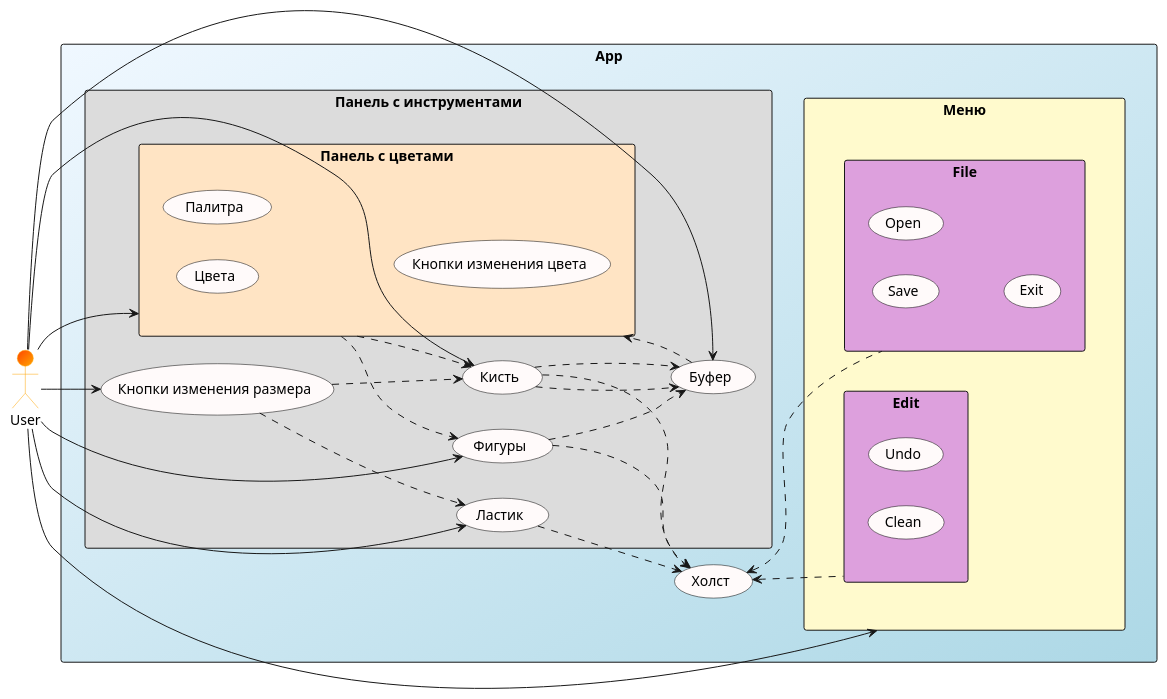
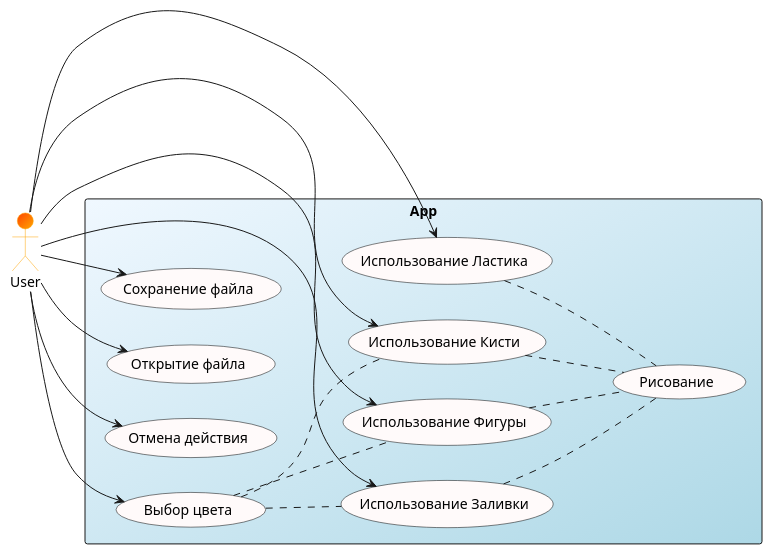
Before and after one commit to UnVeh/reposit: the diagram in diagrams/func.puml, drawn with PlantUML.

```diff
--- a/diagrams/func.puml
+++ b/diagrams/func.puml
@@ -1,75 +1,47 @@
 @startuml
+
 skinparam actor {
     BackgroundColor OrangeRed/Orange
     BorderColor Orange
 }
 
 
 skinparam usecase {
     BackgroundColor Snow
     BorderColor Black    
 }
 
 
 left to right direction
 
 actor User as User
 
-rectangle App #AliceBlue/LightBlue {
-    usecase "Холст" as Canvas
-rectangle "Меню" #LemonChiffon{
-rectangle File #Plum {
-    usecase Save
-    usecase Open
-    usecase Exit
-
-    Canvas <.. File
-    User --> "Меню"
+rectangle "App"#AliceBlue/LightBlue {
+    usecase "Использование Кисти" as br
+    usecase "Использование Ластика" as er
+    usecase "Использование Фигуры" as f
+    usecase "Использование Заливки" as z
+    usecase "Сохранение файла" as save
+    usecase "Открытие файла" as open
+    usecase "Отмена действия" as undo
+    usecase "Выбор цвета" as col
+    usecase "Рисование" as draw
+    User --> br
+    User --> er
+    User --> f
+    User --> z
+    User --> save
+    User --> open
+    User --> undo
+    User --> col
+    br .. draw
+    col .. br
+    col .. f
+    col .. z
+    er .. draw
+    z .. draw
+    f .. draw
+    
 }
 
-rectangle Edit #Plum {
-    usecase Undo
-    usecase Clean
-
-    Canvas <.. Edit
-}
-
-}
-
-rectangle "Панель с инструментами" as ins #Gainsboro{
-rectangle "Панель с цветами" as col #Bisque {
-    usecase "Цвета" 
-    usecase "Палитра" as pal
-    usecase "Кнопки изменения цвета" 
-    
-     
-    User --> col
-}
-    usecase "Кнопки изменения размера" as ch
-    usecase "Фигуры" as f
-    usecase "Ластик" as eraser
-    usecase "Кисть" as brush
-    usecase "Буфер" as bf
-
-    User --> eraser
-    User --> brush
-    User --> bf
-    User --> f
-    User --> ch
-    col ..> f
-    ch ..> brush
-    ch ..> eraser
-    f ..> bf
-    col ..> brush
-    f ..> Canvas
-
-    eraser ..> Canvas
-    brush ..> Canvas
-    brush ..> bf
-    brush ..> bf
-    bf ..> col
-}
-}
-
-    
 @enduml
```
